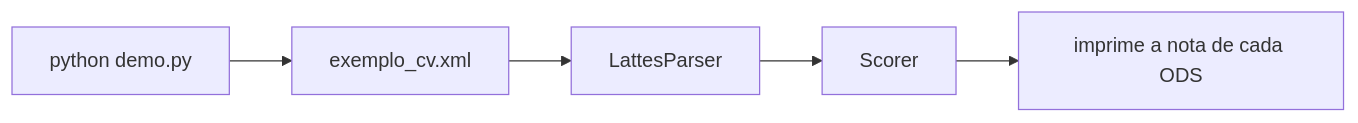
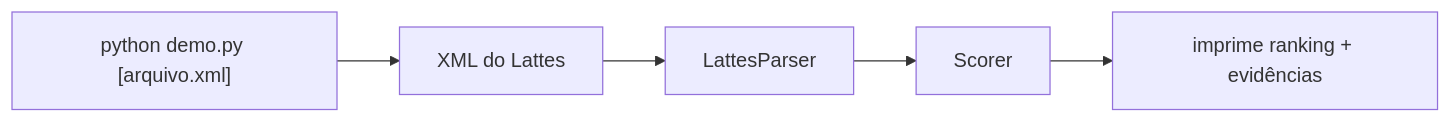
The fourth of 4 diagrams in docs/06-runtime.md (frederico-mello/cv-ods-classifier), drawn with Mermaid before and after one commit. The commit also changed other lines of this file and 31 other files, not shown here.

````diff
--- a/docs/06-runtime.md
+++ b/docs/06-runtime.md
@@ -108,7 +110,7 @@
 ```mermaid
 flowchart LR
-    D["python demo.py"] --> X["exemplo_cv.xml"]
+    D["python demo.py [arquivo.xml]"] --> X["XML do Lattes"]
     X --> P["LattesParser"]
     P --> S["Scorer"]
-    S --> R["imprime a nota de cada ODS"]
+    S --> R["imprime ranking + evidências"]
 ```
````
